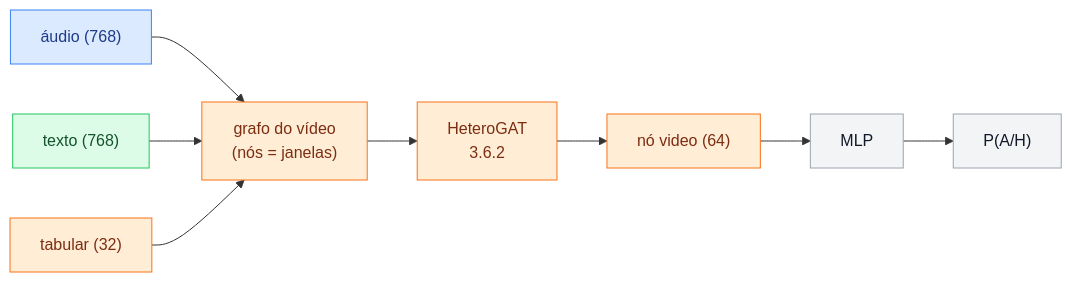
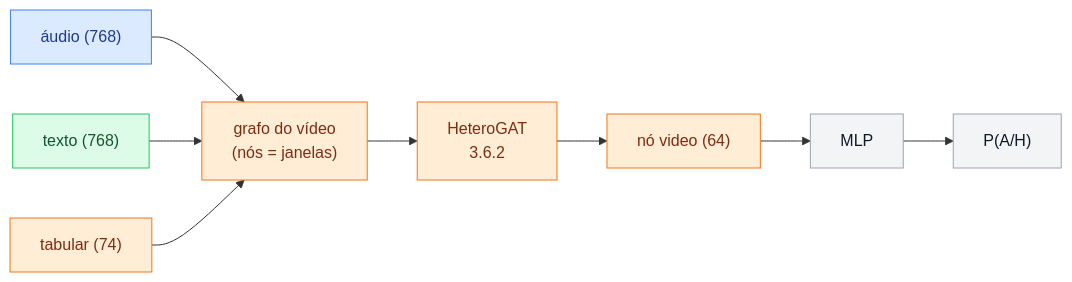
The second of 13 diagrams in references/gnn_training_procedure.md (Liga-de-IA-PUCPR/abaw-11-ah-challenge), drawn with Mermaid before and after one commit. The commit also changed other lines of this file and 46 other files, not shown here.

````diff
--- a/references/gnn_training_procedure.md
+++ b/references/gnn_training_procedure.md
@@ -76,14 +76,14 @@
 ```mermaid
 flowchart LR
     A["áudio (768)"]:::audio --> G
     T["texto (768)"]:::text --> G
-    TAB["tabular (32)"]:::video --> G
+    TAB["tabular (74)"]:::video --> G
     G["grafo do vídeo<br/>(nós = janelas)"]:::video --> GAT["HeteroGAT<br/>3.6.2"]:::video
     GAT --> ZV["nó video (64)"]:::video
     ZV --> MLP["MLP"]:::gray --> OUT["P(A/H)"]:::gray
 
     classDef audio fill:#dbeafe,stroke:#3b82f6,color:#1e3a8a;
     classDef text fill:#dcfce7,stroke:#22c55e,color:#14532d;
     classDef video fill:#ffedd5,stroke:#f97316,color:#7c2d12;
     classDef gray fill:#f3f4f6,stroke:#9ca3af,color:#111827;
 ```
````
